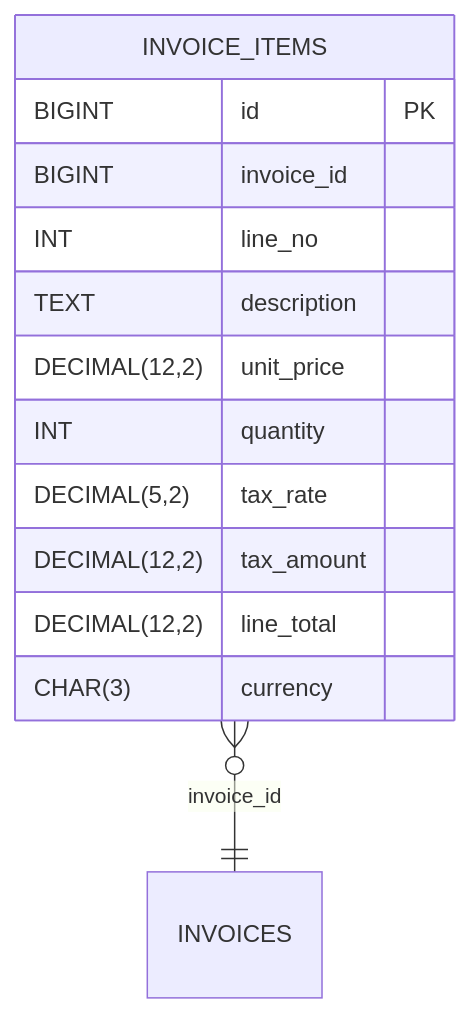
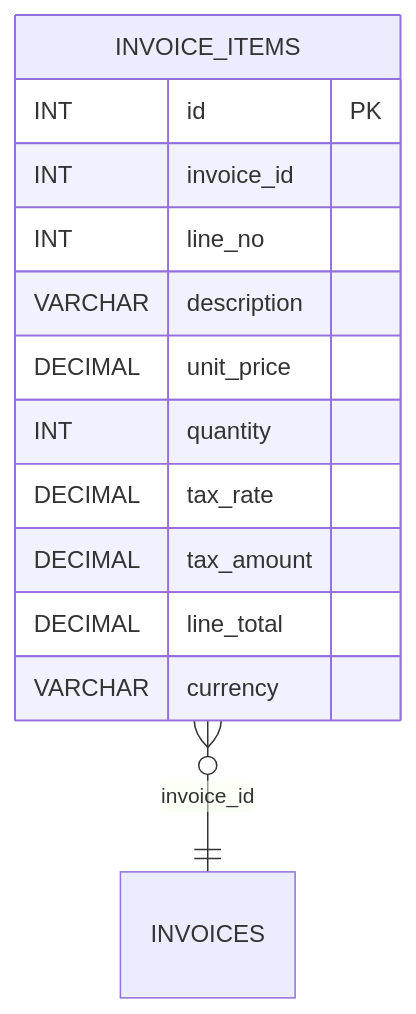
Before and after one commit to blackcatdatabase/table-invoice-items: the diagram in README.md, drawn with Mermaid. The commit also changed other lines of this file, not shown here.

Commit message:
chore(schema): add/update generated schema + README (umbrella sync)

````diff
--- a/README.md
+++ b/README.md
@@ -54,16 +54,16 @@
 ```mermaid
 erDiagram
   INVOICE_ITEMS {
-    BIGINT id PK
-    BIGINT invoice_id
+    INT id PK
+    INT invoice_id
     INT line_no
-    TEXT description
-    DECIMAL(12,2) unit_price
+    VARCHAR description
+    DECIMAL unit_price
     INT quantity
-    DECIMAL(5,2) tax_rate
-    DECIMAL(12,2) tax_amount
-    DECIMAL(12,2) line_total
-    CHAR(3) currency
+    DECIMAL tax_rate
+    DECIMAL tax_amount
+    DECIMAL line_total
+    VARCHAR currency
   }
   INVOICE_ITEMS }o--|| INVOICES : "invoice_id"
 ```
````
